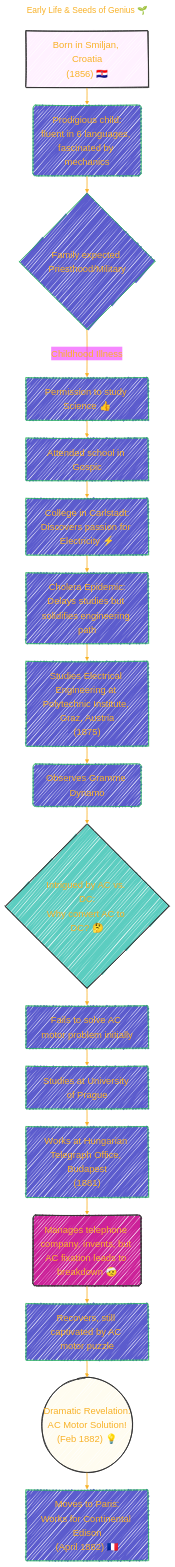
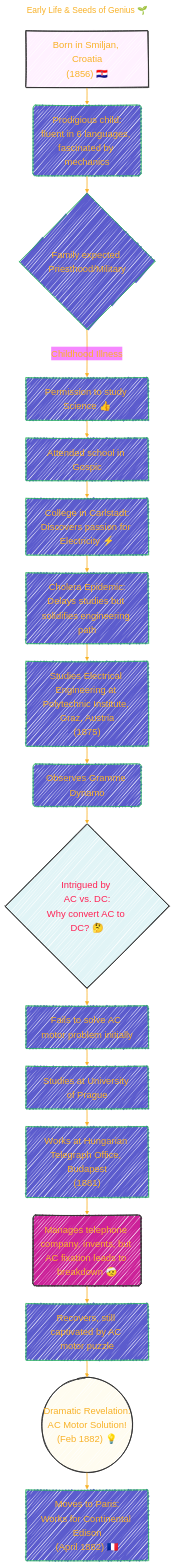
The first of 9 diagrams in Case_Files_Nikola_Tesla/Case_Files_Nikola_Tesla.md (CongLeSolutionX/Nikola_Tesla), drawn with Mermaid before and after one commit. The commit also changed other lines of this file, not shown here.

Commit message:
update notes

````diff
--- a/Case_Files_Nikola_Tesla/Case_Files_Nikola_Tesla.md
+++ b/Case_Files_Nikola_Tesla/Case_Files_Nikola_Tesla.md
@@ -61,55 +61,55 @@
 ```mermaid
 ---
 title: "Early Life & Seeds of Genius 🌱"
 author: "Cong Le"
 version: "1.0"
 license(s): "MIT, CC BY-SA 4.0"
 copyright: "Copyright (c) 2025 Cong Le. All Rights Reserved."
 config:
   layout: elk
   theme: base
   look: handDrawn
 ---
 %%%%%%%% Mermaid version v11.4.1-b.14
 %%%%%%%% Available curve styles include the following keywords:
 %% basis, bumpX, bumpY, cardinal, catmullRom, linear, monotoneX, monotoneY, natural, step, stepAfter, stepBefore.
 %%{
   init: {
     'flowchart': { 'htmlLabels': true, 'curve': 'basis' },
     'fontFamily': 'American Typewriter, monospace',
     'logLevel': 'fatal',
     'themeVariables': {
       'primaryColor': '#22BB',
       'primaryTextColor': '#F8B229',
       'lineColor': '#F8B229',
       'primaryBorderColor': '#27AE60',
       'secondaryColor': '#E2F1',
       'secondaryTextColor': '#6C3483',
       'secondaryBorderColor': '#A569BD',
       'fontSize': '20px'
     }
   }
 }%%
 flowchart TD
     A["Born in Smiljan, Croatia<br/>(1856) 🇭🇷"] --> B("Prodigious child:<br/>fluent in 6 languages, fascinated by mechanics")
     B --> C{"Family expected Priesthood/Military"}
     C -- Childhood Illness --> D["Permission to study Science 👍"]
     D --> E["Attended school in Gospic"]
     E --> F["College in Carlstadt:<br/>Discovers passion for Electricity ⚡"]
     F --> G["Cholera Epidemic:<br/>Delays studies but solidifies engineering path"]
     G --> H["Studies Electrical Engineering at Polytechnic Institute, Graz, Austria<br/>(1875)"]
     H --> I("Observes Gramme Dynamo")
-    I --> J{"Intrigued by AC vs. DC:<br/>Why convert AC to DC? 🤔"}
+    I --> J{"Intrigued by <br/>AC vs. DC:<br/>Why convert AC to DC? 🤔"}
     J --> K["Fails to solve AC motor problem initially"]
     K --> L["Studies at University of Prague"]
     L --> M["Works at Hungarian Telegraph Office, Budapest<br/>(1881)"]
     M --> N("Manages telephone company, invents, but AC fixation leads to breakdown 🤕")
     N --> O["Recovers, still captivated by AC motor puzzle"]
     O --> P(("Dramatic Revelation:<br/>AC Motor Solution!<br/>(Feb 1882) 💡"))
     P --> Q["Moves to Paris:<br/>Works for Continental Edison<br/>(April 1882) 🇫🇷"]
 
     style A fill:#f9f2,stroke:#333,stroke-width:2px
     style P fill:#fc21,stroke:#333,stroke-width:2px
-    style J fill:#2BAB,stroke:#333,stroke-width:2px
+    style J fill:#2AB2,stroke:#333,stroke-width:2px, color: #F25
     style N fill:#c29,stroke:#333,stroke-width:2px
 ```
````
